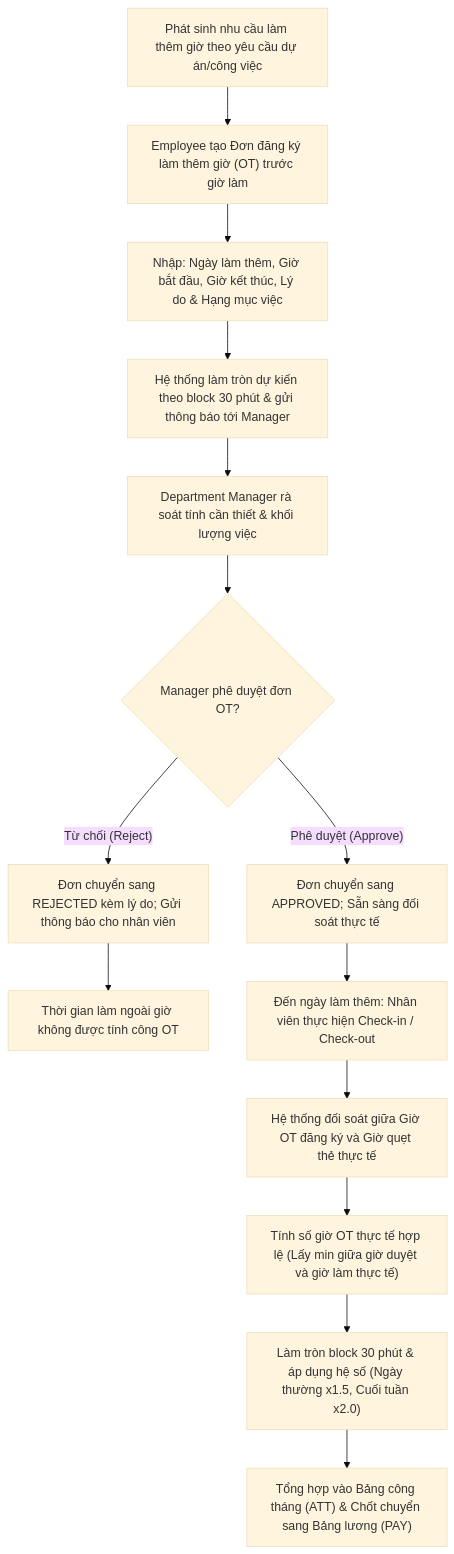
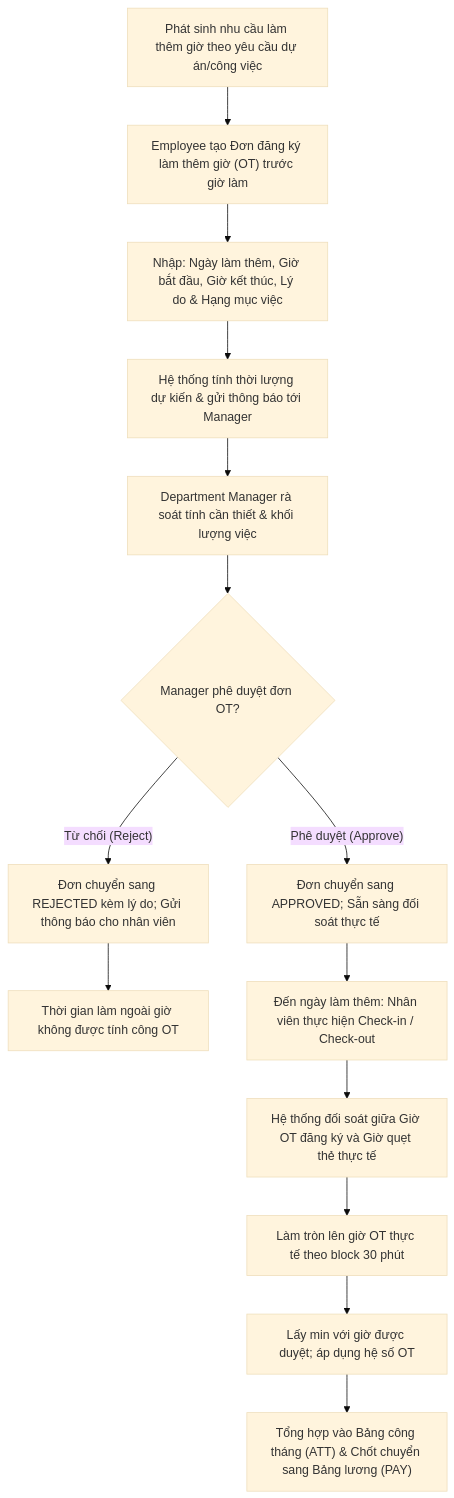
One commit to LongIch2810/hrm changed the diagram in docs/prd/workflow/overtime-approval-workflow.md. Above: the diagram before and after it, drawn with Mermaid (base theme). The commit also changed other lines of this file and 64 other files, not shown here.

````diff
--- a/docs/prd/workflow/overtime-approval-workflow.md
+++ b/docs/prd/workflow/overtime-approval-workflow.md
@@ -14,16 +14,16 @@
 ```mermaid
 flowchart TD
     A["Phát sinh nhu cầu làm thêm giờ theo yêu cầu dự án/công việc"] --> B["Employee tạo Đơn đăng ký làm thêm giờ (OT) trước giờ làm"]
     B --> C["Nhập: Ngày làm thêm, Giờ bắt đầu, Giờ kết thúc, Lý do & Hạng mục việc"]
-    C --> D["Hệ thống làm tròn dự kiến theo block 30 phút & gửi thông báo tới Manager"]
+    C --> D["Hệ thống tính thời lượng dự kiến & gửi thông báo tới Manager"]
     D --> E["Department Manager rà soát tính cần thiết & khối lượng việc"]
     E --> F{"Manager phê duyệt đơn OT?"}
     F -- "Từ chối (Reject)" --> G["Đơn chuyển sang REJECTED kèm lý do; Gửi thông báo cho nhân viên"]
     G --> H["Thời gian làm ngoài giờ không được tính công OT"]
     F -- "Phê duyệt (Approve)" --> I["Đơn chuyển sang APPROVED; Sẵn sàng đối soát thực tế"]
     I --> J["Đến ngày làm thêm: Nhân viên thực hiện Check-in / Check-out"]
     J --> K["Hệ thống đối soát giữa Giờ OT đăng ký và Giờ quẹt thẻ thực tế"]
-    K --> L["Tính số giờ OT thực tế hợp lệ (Lấy min giữa giờ duyệt và giờ làm thực tế)"]
-    L --> M["Làm tròn block 30 phút & áp dụng hệ số (Ngày thường x1.5, Cuối tuần x2.0)"]
+    K --> L["Làm tròn lên giờ OT thực tế theo block 30 phút"]
+    L --> M["Lấy min với giờ được duyệt; áp dụng hệ số OT"]
     M --> N["Tổng hợp vào Bảng công tháng (ATT) & Chốt chuyển sang Bảng lương (PAY)"]
 ```
````
